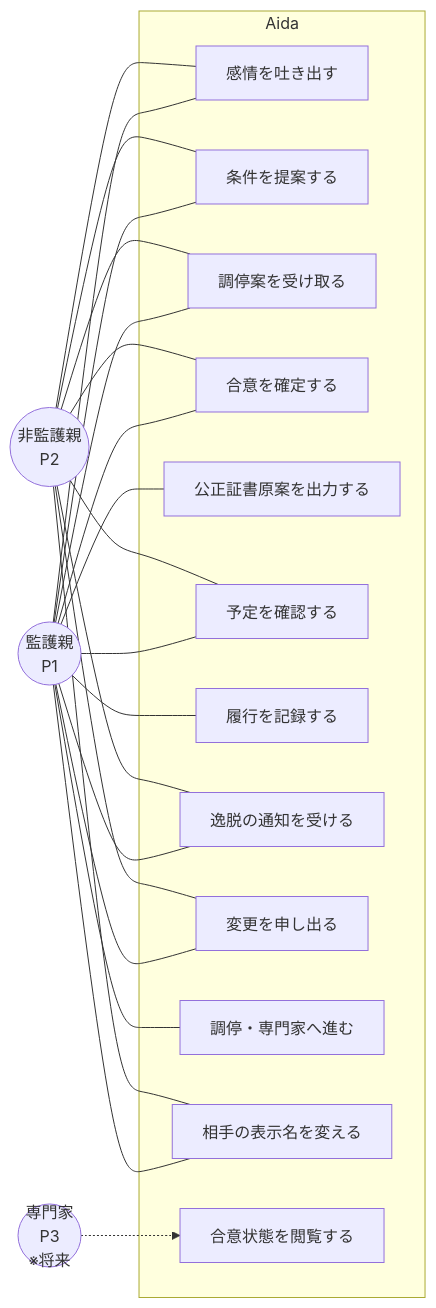
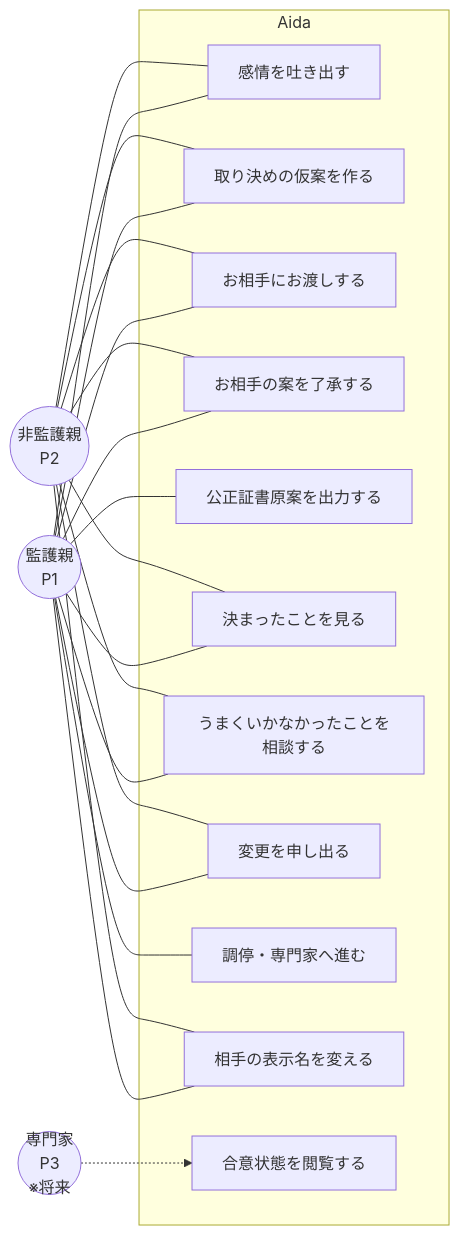
One commit to sugimomoto/AIHack changed the second of 15 diagrams in docs/functional-design.md. Above: the diagram before and after it, drawn with Mermaid. The commit also changed other lines of this file and 4 other files, not shown here.

````diff
--- a/docs/functional-design.md
+++ b/docs/functional-design.md
@@ -90,42 +91,40 @@
 ```mermaid
 graph LR
     P1(("監護親<br/>P1"))
     P2(("非監護親<br/>P2"))
     P3(("専門家<br/>P3<br/>※将来"))
 
     subgraph System["Aida"]
         U1["感情を吐き出す"]
-        U2["条件を提案する"]
-        U3["調停案を受け取る"]
-        U4["合意を確定する"]
+        U2["取り決めの仮案を作る"]
+        U3["お相手にお渡しする"]
+        U4["お相手の案を了承する"]
         U5["公正証書原案を出力する"]
-        U6["予定を確認する"]
-        U7["履行を記録する"]
-        U8["逸脱の通知を受ける"]
+        U6["決まったことを見る"]
+        U7["うまくいかなかったことを相談する"]
         U9["変更を申し出る"]
         U10["調停・専門家へ進む"]
         U11["相手の表示名を変える"]
         U12["合意状態を閲覧する"]
     end
 
     P1 --- U1
     P1 --- U2
     P1 --- U3
     P1 --- U4
     P1 --- U5
     P1 --- U6
     P1 --- U7
-    P1 --- U8
     P1 --- U9
     P1 --- U10
     P1 --- U11
     P2 --- U1
     P2 --- U2
     P2 --- U3
     P2 --- U4
     P2 --- U6
-    P2 --- U8
+    P2 --- U7
     P2 --- U9
     P2 --- U11
     P3 -.-> U12
 ```
````
